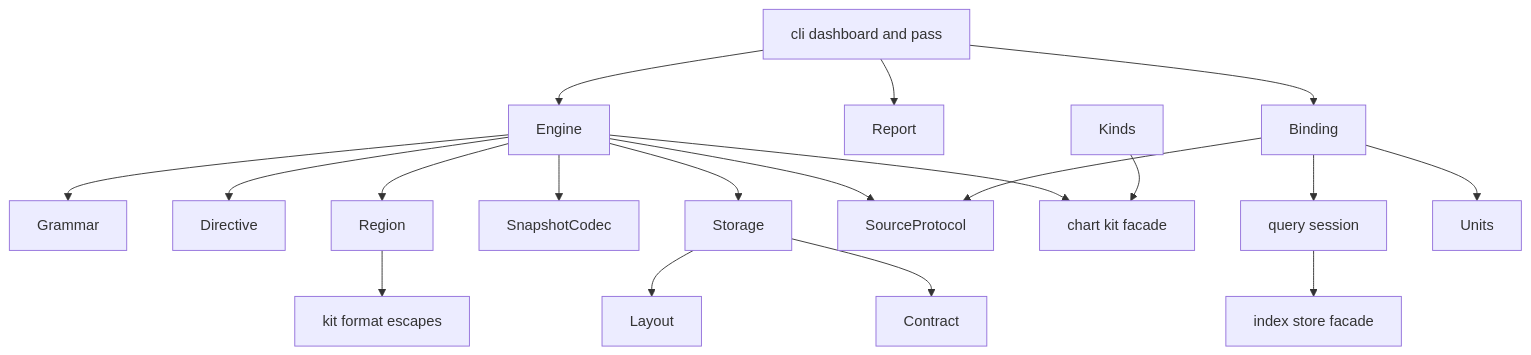
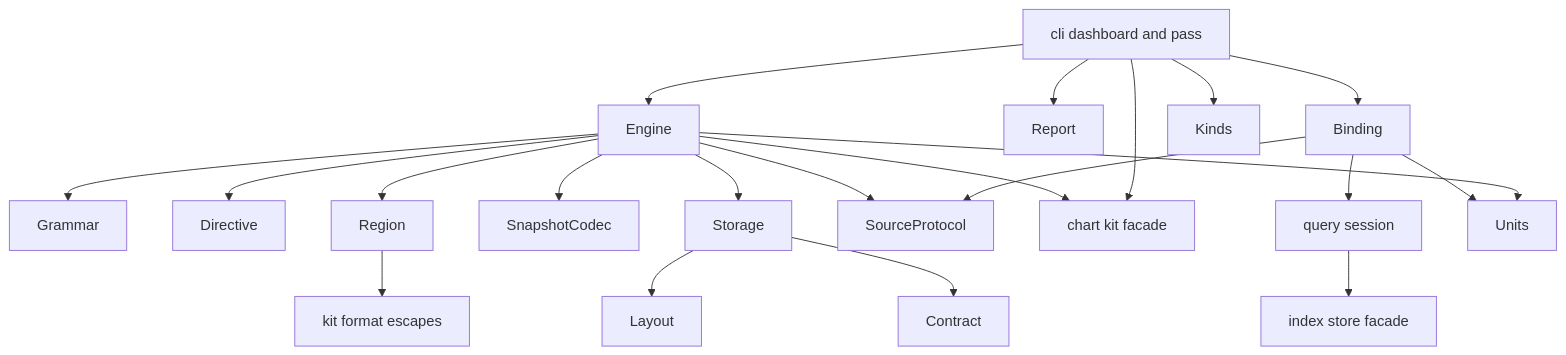
The first of 3 diagrams in .kiro/specs/dashboards/design.md (joshua-stauffer/fitdocs), drawn with Mermaid before and after one commit. The commit also changed other lines of this file and 12 other files, not shown here.

````diff
--- a/.kiro/specs/dashboards/design.md
+++ b/.kiro/specs/dashboards/design.md
@@ -225,21 +228,23 @@
 ```mermaid
 graph TB
     Cli[cli dashboard and pass] --> Engine
     Cli --> Report
     Cli --> Binding
     Engine --> Grammar
     Engine --> Directive
     Engine --> Region
     Engine --> SnapshotCodec
     Engine --> Storage
     Engine --> SourceProtocol
     Engine --> Kit[chart kit facade]
     Binding --> SourceProtocol
     Binding --> QueryLayer[query session]
     Binding --> Units
     Region --> KitFormat[kit format escapes]
     Storage --> Layout
     Storage --> Contract
-    Kinds --> Kit
+    Cli --> Kinds
+    Cli --> Kit
+    Engine --> Units
     QueryLayer --> IndexFacade[index store facade]
 ```
````
